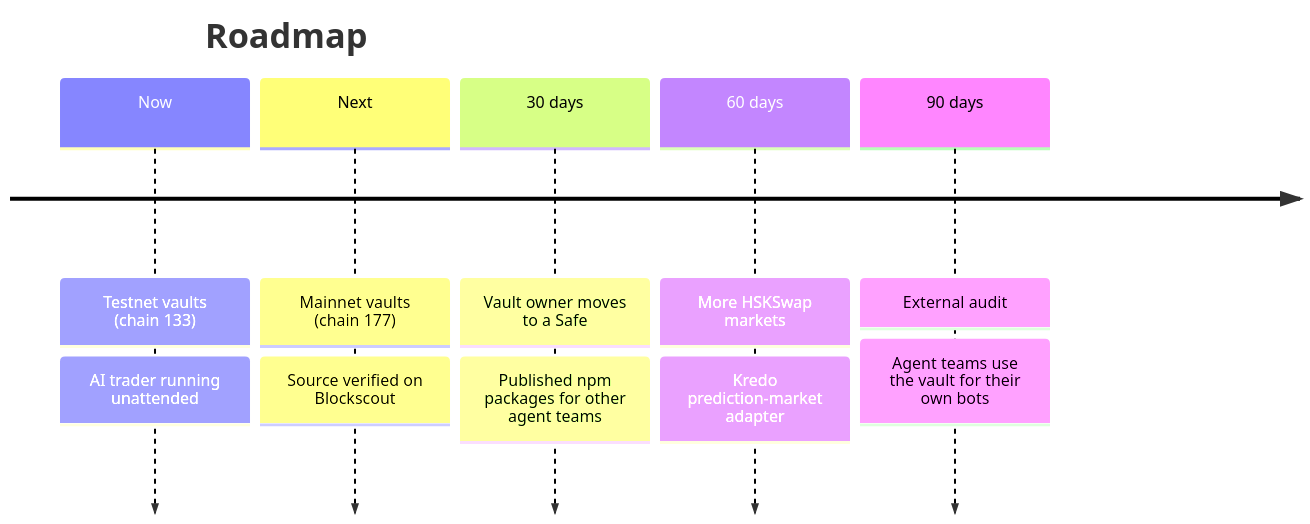
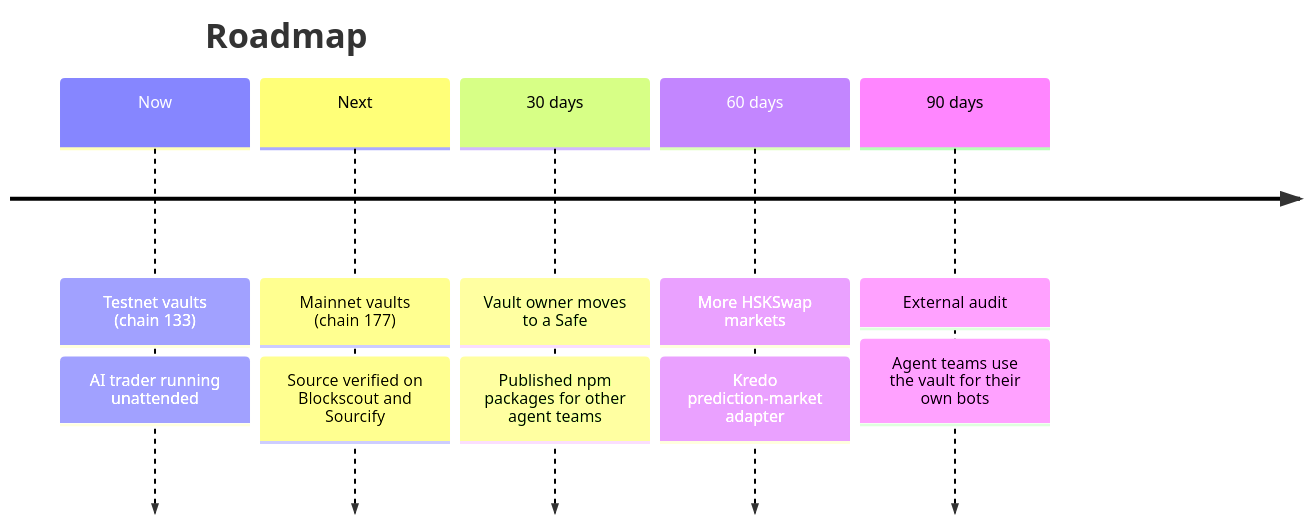
Before and after one commit to AceVikings/horizon-hack-flow: diagram 11 of 11 in README.md, drawn with Mermaid. The commit also changed other lines of this file and 1 other file, not shown here.

Commit message:
README and evidence: Flow brand, real test counts, Sourcify links, testnet quickstart, risk assumptions, complete vault-check diagram

````diff
--- a/README.md
+++ b/README.md
@@ -427,9 +464,9 @@
 ```mermaid
 timeline
     title Roadmap
     Now : Testnet vaults (chain 133) : AI trader running unattended
-    Next : Mainnet vaults (chain 177) : Source verified on Blockscout
+    Next : Mainnet vaults (chain 177) : Source verified on Blockscout and Sourcify
     30 days : Vault owner moves to a Safe : Published npm packages for other agent teams
     60 days : More HSKSwap markets : Kredo prediction-market adapter
     90 days : External audit : Agent teams use the vault for their own bots
 ```
````
